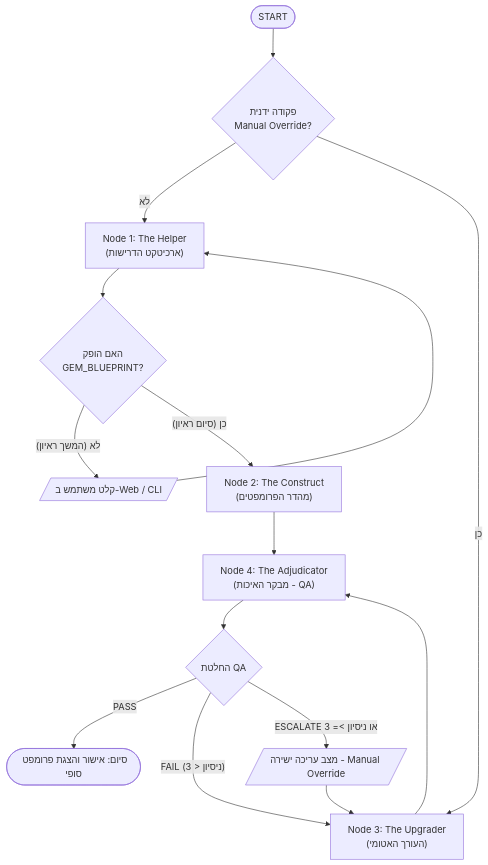
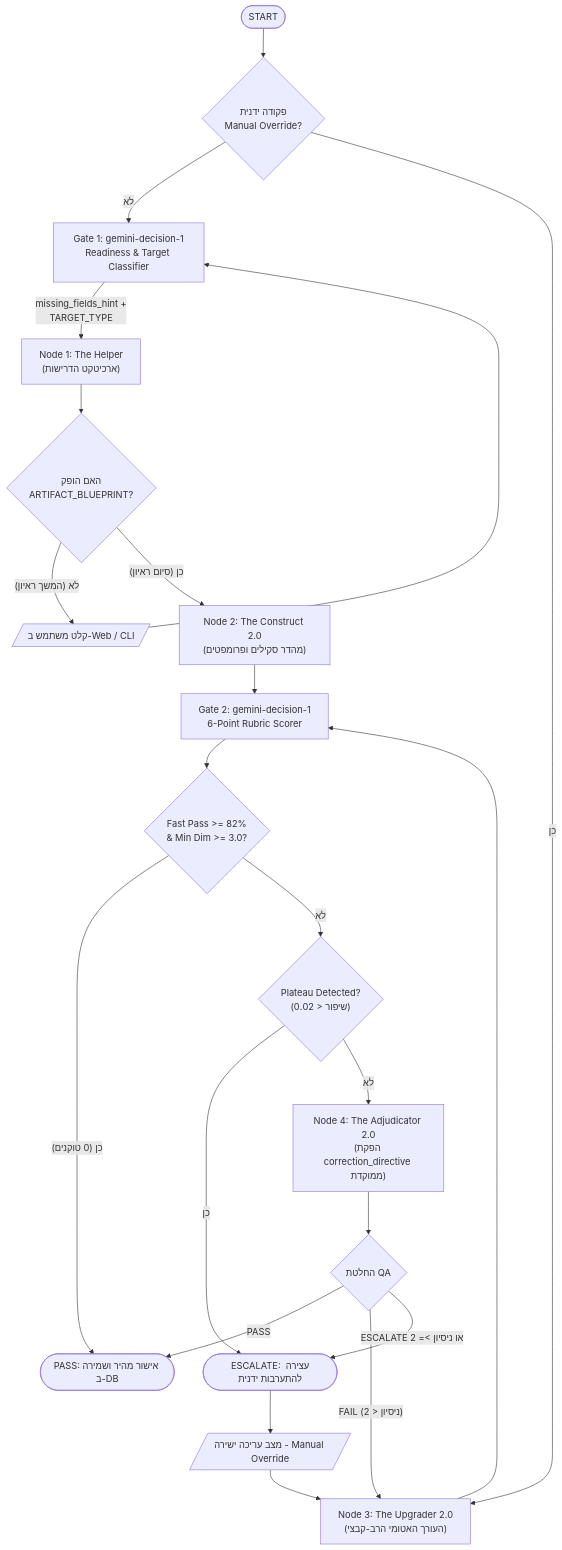
Before and after one commit to yubranvalde-byte/betterBot: the diagram in README.md, drawn with Mermaid. The commit also changed other lines of this file and 12 other files, not shown here.

````diff
--- a/README.md
+++ b/README.md
@@ -32,20 +33,28 @@
 ```mermaid
 flowchart TD
     Start([START]) --> RouteStart{פקודה ידנית\nManual Override?}
-    RouteStart -- לא --> Helper["Node 1: The Helper\n(ארכיטקט הדרישות)"]
-    RouteStart -- כן --> Upgrader["Node 3: The Upgrader\n(העורך האטומי)"]
+    RouteStart -- לא --> Gate1["Gate 1: gemini-decision-1\nReadiness & Target Classifier"]
+    RouteStart -- כן --> Upgrader["Node 3: The Upgrader 2.0\n(העורך האטומי הרב-קבצי)"]
 
-    Helper --> CheckBlueprint{האם הופק\nGEM_BLUEPRINT?}
+    Gate1 -- "missing_fields_hint +\nTARGET_TYPE" --> Helper["Node 1: The Helper\n(ארכיטקט הדרישות)"]
+    Helper --> CheckBlueprint{האם הופק\nARTIFACT_BLUEPRINT?}
     CheckBlueprint -- "לא (המשך ראיון)" --> UserInput[/קלט משתמש ב-Web / CLI/]
-    UserInput --> Helper
-    CheckBlueprint -- "כן (סיום ראיון)" --> Construct["Node 2: The Construct\n(מהדר הפרומפטים)"]
+    UserInput --> Gate1
+    CheckBlueprint -- "כן (סיום ראיון)" --> Construct["Node 2: The Construct 2.0\n(מהדר סקילים ופרומפטים)"]
 
-    Construct --> Adjudicator["Node 4: The Adjudicator\n(מבקר האיכות - QA)"]
-    Upgrader --> Adjudicator
+    Construct --> Gate2["Gate 2: gemini-decision-1\n6-Point Rubric Scorer"]
+    Upgrader --> Gate2
+
+    Gate2 --> FastCheck{"Fast Pass >= 82%\n& Min Dim >= 3.0?"}
+    FastCheck -- "כן (0 טוקנים)" --> EndSuccess([PASS: אישור מהיר ושמירה ב-DB])
+    FastCheck -- לא --> PlateauCheck{"Plateau Detected?\n(שיפור < 0.02)"}
+    PlateauCheck -- כן --> Escalate([ESCALATE: עצירה להתערבות ידנית])
+    PlateauCheck -- לא --> Adjudicator["Node 4: The Adjudicator 2.0\n(הפקת correction_directive ממוקדת)"]
 
     Adjudicator --> RouteQA{החלטת QA}
-    RouteQA -- "PASS" --> EndSuccess([סיום: אישור והצגת פרומפט סופי])
-    RouteQA -- "FAIL (ניסיון < 3)" --> Upgrader
-    RouteQA -- "ESCALATE או ניסיון >= 3" --> ManualOverride[/מצב עריכה ישירה - Manual Override/]
+    RouteQA -- "PASS" --> EndSuccess
+    RouteQA -- "FAIL (ניסיון < 2)" --> Upgrader
+    RouteQA -- "ESCALATE או ניסיון >= 2" --> Escalate
+    Escalate --> ManualOverride[/מצב עריכה ישירה - Manual Override/]
     ManualOverride --> Upgrader
 ```
````
